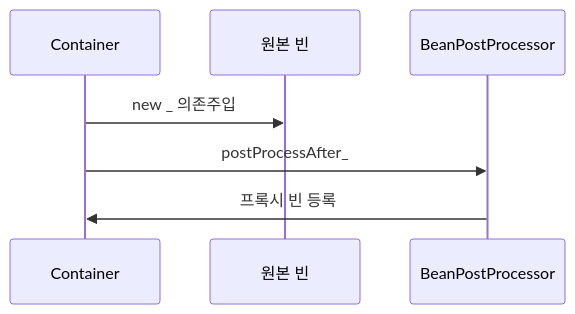
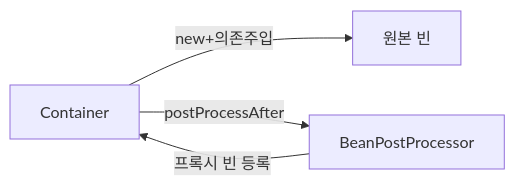
Before and after one commit to yjkim2015/yjkim2015.github.io: the eighth of 11 diagrams in _posts/spring/2026-05-02-spring-core-advanced.md, drawn with Mermaid. The commit also changed other lines of this file and 84 other files, not shown here.

First line of the commit message:
85개 포스트 Mermaid 다이어그램 규칙 일괄 수정

````diff
--- a/_posts/spring/2026-05-02-spring-core-advanced.md
+++ b/_posts/spring/2026-05-02-spring-core-advanced.md
@@ -484,9 +472,6 @@
 ```mermaid
-sequenceDiagram
-    participant C as Container
-    participant O as 원본 빈
-    participant BPP as BeanPostProcessor
-    C->>O: new _ 의존주입
-    C->>BPP: postProcessAfter_
-    BPP->>C: 프록시 빈 등록
+graph LR
+    C["Container"] -->|"new+의존주입"| O["원본 빈"]
+    C -->|"postProcessAfter"| BPP["BeanPostProcessor"]
+    BPP -->|"프록시 빈 등록"| C
 ```
````
